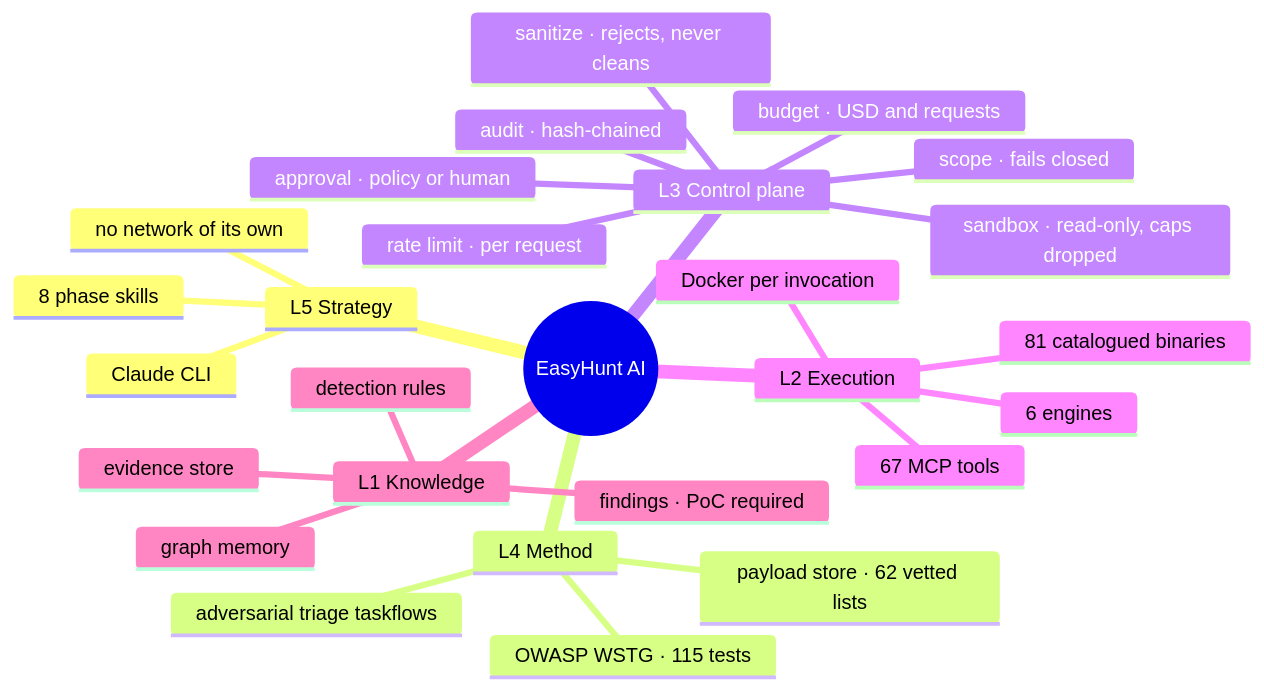
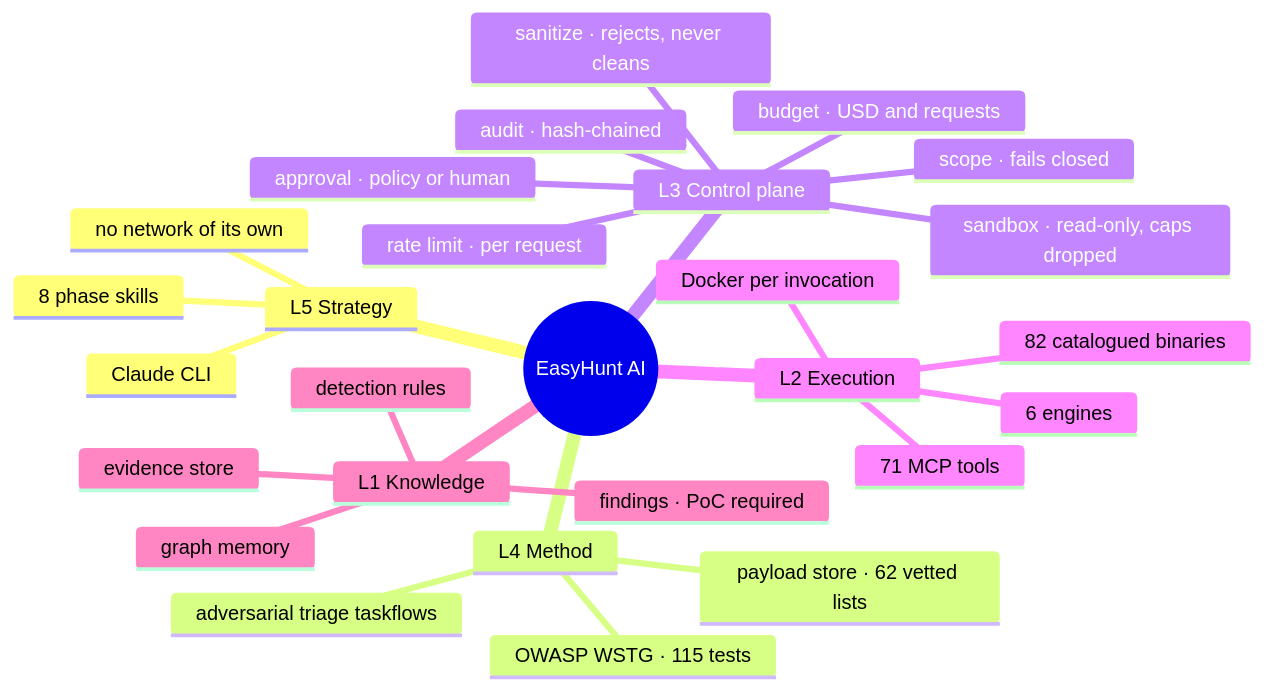
Before and after one commit to iamsecure1920/Cordon-AI: the second of 4 diagrams in README.md, drawn with Mermaid. The commit also changed other lines of this file and 17 other files, not shown here.

````diff
--- a/README.md
+++ b/README.md
@@ -107,30 +107,30 @@
 ```mermaid
 mindmap
   root((EasyHunt AI))
     L5 Strategy
       Claude CLI
       no network of its own
       8 phase skills
     L4 Method
       OWASP WSTG · 115 tests
       adversarial triage taskflows
       payload store · 62 vetted lists
     L3 Control plane
       scope · fails closed
       sanitize · rejects, never cleans
       budget · USD and requests
       rate limit · per request
       approval · policy or human
       sandbox · read-only, caps dropped
       audit · hash-chained
     L2 Execution
-      67 MCP tools
-      81 catalogued binaries
+      71 MCP tools
+      82 catalogued binaries
       6 engines
       Docker per invocation
     L1 Knowledge
       findings · PoC required
       graph memory
       detection rules
       evidence store
 ```
````
